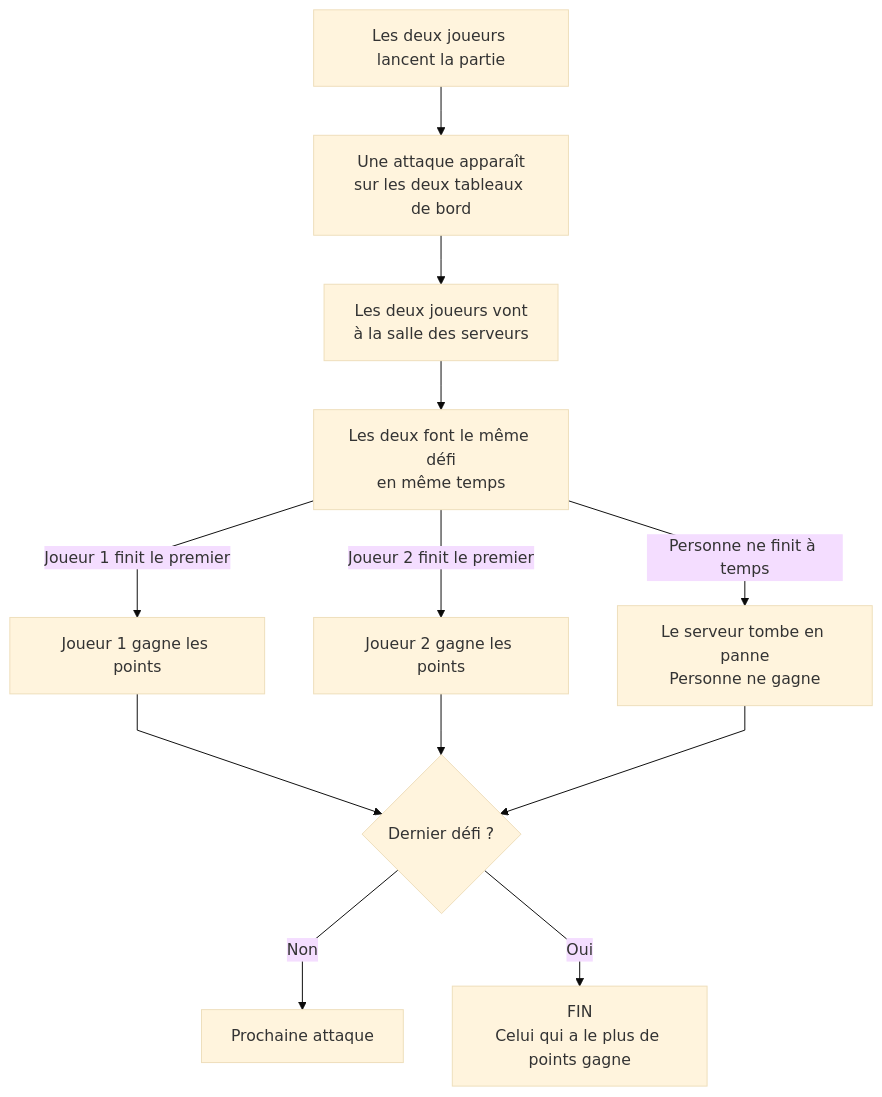
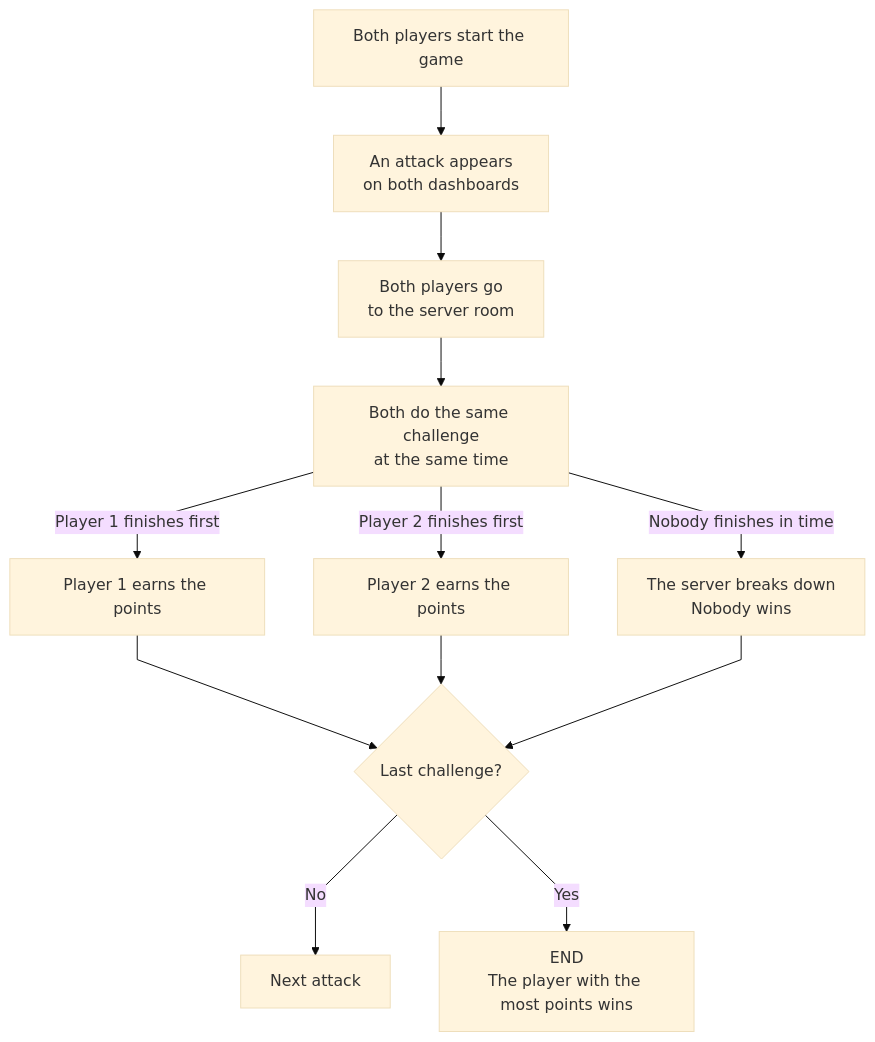
Before and after one commit to jobtrek/DuskTillDawn: the second of 2 diagrams in docs/player-flow/game-states.md, drawn with Mermaid (base theme). The commit also changed other lines of this file and 15 other files, not shown here.

Commit message:
refactor: translate challenge code and player-flow docs to English

````diff
--- a/docs/player-flow/game-states.md
+++ b/docs/player-flow/game-states.md
@@ -25,15 +25,15 @@
 ```mermaid
 %%{init: {"flowchart": {"curve": "linear"}}}%%
 flowchart TD
-    A["Les deux joueurs lancent la partie"] --> B["Une attaque apparaît<br/>sur les deux tableaux de bord"]
-    B --> C["Les deux joueurs vont<br/>à la salle des serveurs"]
-    C --> D["Les deux font le même défi<br/>en même temps"]
-    D -->|"Joueur 1 finit le premier"| E["Joueur 1 gagne les points"]
-    D -->|"Joueur 2 finit le premier"| F["Joueur 2 gagne les points"]
-    D -->|"Personne ne finit à temps"| G["Le serveur tombe en panne<br/>Personne ne gagne"]
-    E --> H{"Dernier défi ?"}
+    A["Both players start the game"] --> B["An attack appears<br/>on both dashboards"]
+    B --> C["Both players go<br/>to the server room"]
+    C --> D["Both do the same challenge<br/>at the same time"]
+    D -->|"Player 1 finishes first"| E["Player 1 earns the points"]
+    D -->|"Player 2 finishes first"| F["Player 2 earns the points"]
+    D -->|"Nobody finishes in time"| G["The server breaks down<br/>Nobody wins"]
+    E --> H{"Last challenge?"}
     F --> H
     G --> H
-    H -->|"Non"| I["Prochaine attaque"]
-    H -->|"Oui"| J["FIN<br/>Celui qui a le plus de points gagne"]
+    H -->|"No"| I["Next attack"]
+    H -->|"Yes"| J["END<br/>The player with the most points wins"]
 ```
````
